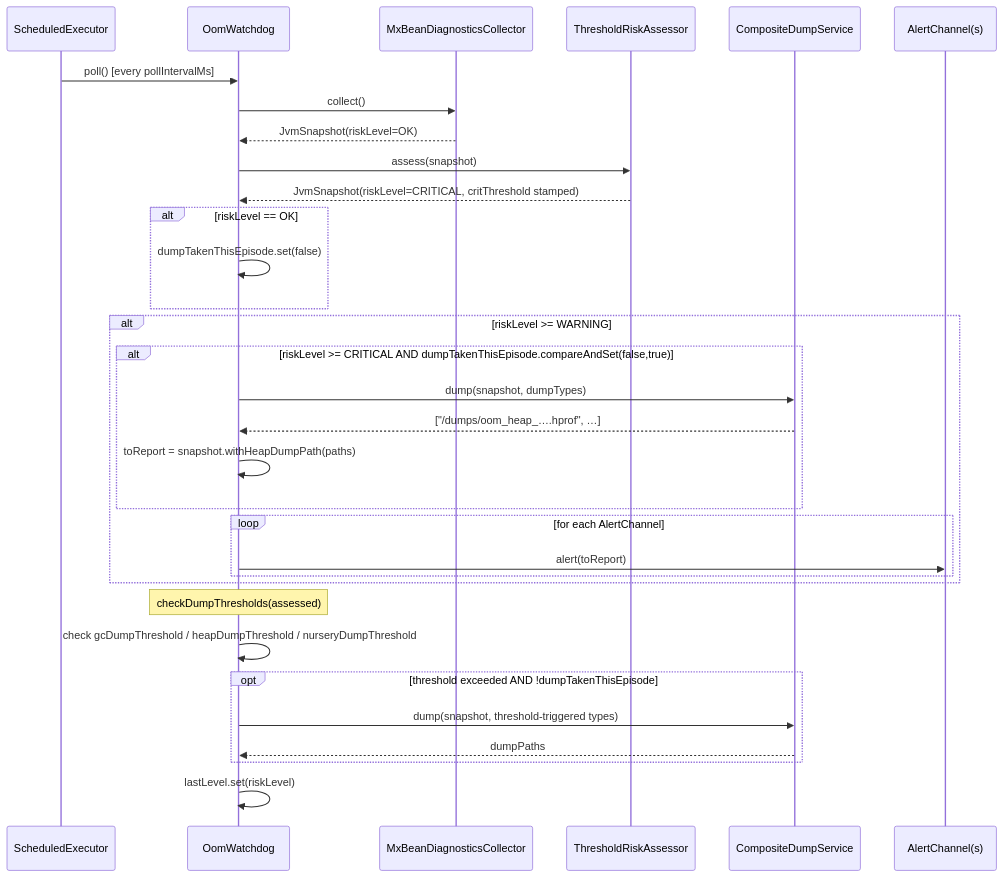
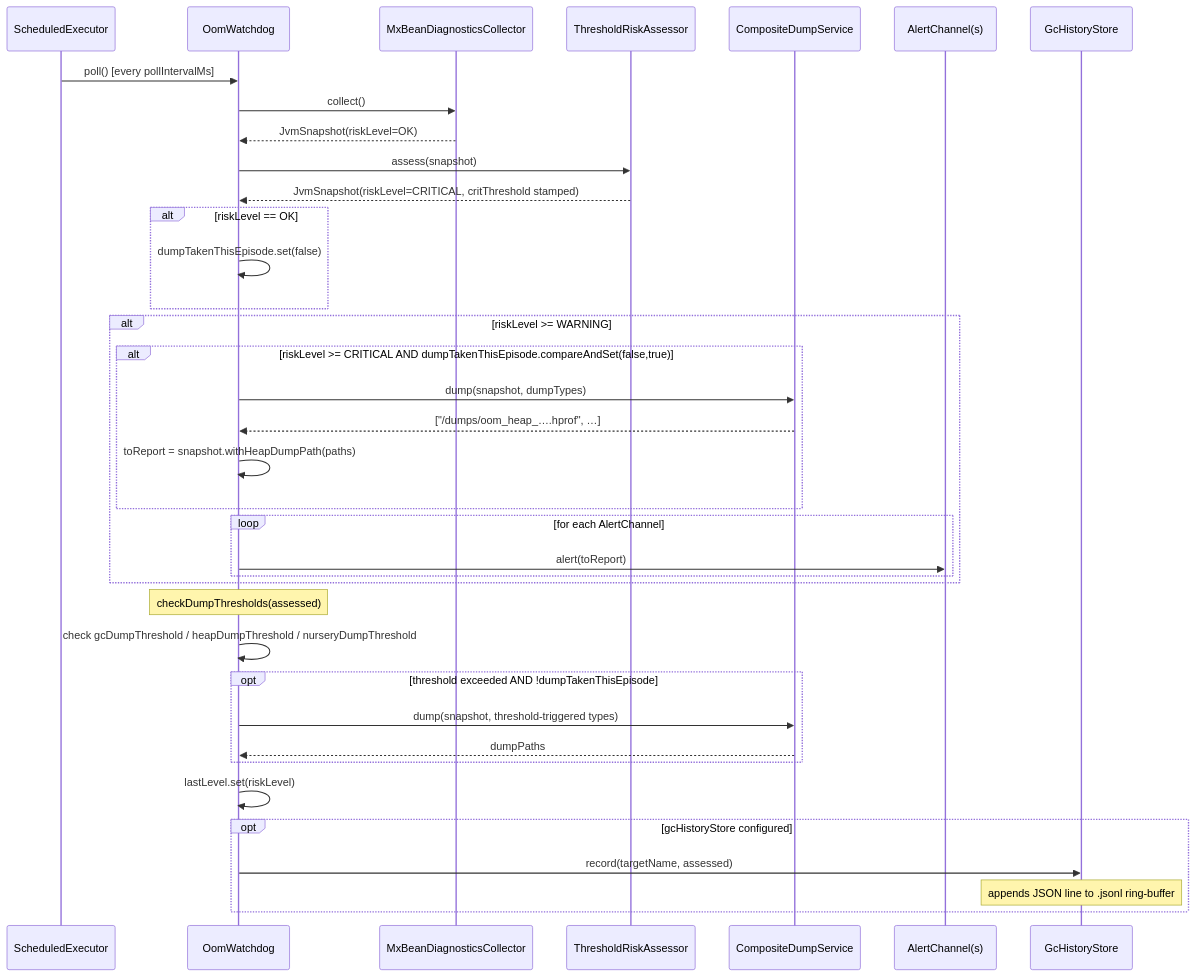
Before and after one commit to kgillard/oom-watchdog: the third of 5 diagrams in ARCHITECTURE.md, drawn with Mermaid. The commit also changed other lines of this file and 14 other files, not shown here.

Commit message:
release: v1.7.13.12 – fix GcHistoryStore bugs (postGcHeapMB precision, appendMap dead branch, trimIfNeeded double-read); add GcHistoryStoreTest (20 tests, 267 total); close #1 #2 #3

````diff
--- a/ARCHITECTURE.md
+++ b/ARCHITECTURE.md
@@ -456,39 +476,44 @@
 ```mermaid
 sequenceDiagram
     participant Scheduler as ScheduledExecutor
     participant WD as OomWatchdog
     participant COL as MxBeanDiagnosticsCollector
     participant ASS as ThresholdRiskAssessor
     participant DUMP as CompositeDumpService
     participant CH as AlertChannel(s)
+    participant GCH as GcHistoryStore
 
     Scheduler->>WD: poll() [every pollIntervalMs]
     WD->>COL: collect()
     COL-->>WD: JvmSnapshot(riskLevel=OK)
     WD->>ASS: assess(snapshot)
     ASS-->>WD: JvmSnapshot(riskLevel=CRITICAL, critThreshold stamped)
 
     alt riskLevel == OK
         WD->>WD: dumpTakenThisEpisode.set(false)
     end
 
     alt riskLevel >= WARNING
         alt riskLevel >= CRITICAL AND dumpTakenThisEpisode.compareAndSet(false,true)
             WD->>DUMP: dump(snapshot, dumpTypes)
             DUMP-->>WD: ["/dumps/oom_heap_….hprof", …]
             WD->>WD: toReport = snapshot.withHeapDumpPath(paths)
         end
         loop for each AlertChannel
             WD->>CH: alert(toReport)
         end
     end
 
     Note over WD: checkDumpThresholds(assessed)
     WD->>WD: check gcDumpThreshold / heapDumpThreshold / nurseryDumpThreshold
     opt threshold exceeded AND !dumpTakenThisEpisode
         WD->>DUMP: dump(snapshot, threshold-triggered types)
         DUMP-->>WD: dumpPaths
     end
 
     WD->>WD: lastLevel.set(riskLevel)
+    opt gcHistoryStore configured
+        WD->>GCH: record(targetName, assessed)
+        Note over GCH: appends JSON line to .jsonl ring-buffer
+    end
 ```
````
